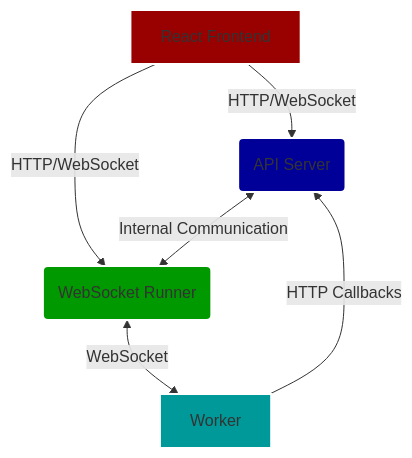
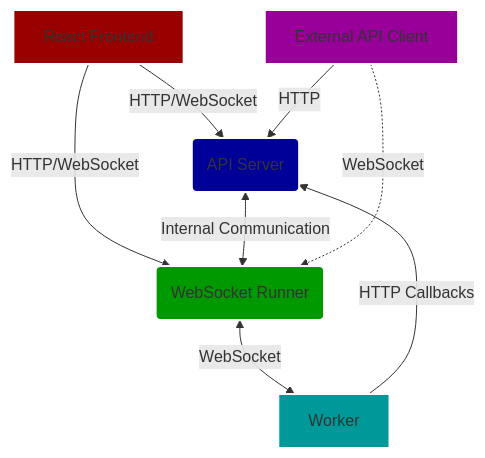
One commit to nodetool-ai/nodetool changed the diagram in README.md. Above: the diagram before and after it, drawn with Mermaid.

Commit message:
update arch graph

````diff
--- a/README.md
+++ b/README.md
@@ -102,19 +102,21 @@
 ```mermaid
 graph TD
     A[React Frontend] -->|HTTP/WebSocket| B(API Server)
     A -->|HTTP/WebSocket| C(WebSocket Runner)
     B <-->|Internal Communication| C
     C <-->|WebSocket| D[Worker]
     D -->|HTTP Callbacks| B
-
+    E[External API Client] -->|HTTP| B
+    E -.->|WebSocket| C
     classDef default fill:#333,stroke:#fff,stroke-width:2px;
     classDef frontend fill:#900;
     classDef server fill:#009;
     classDef runner fill:#090;
     classDef worker fill:#099;
-
+    classDef external fill:#909;
     class A frontend;
     class B server;
     class C runner;
     class D worker;
+    class E external;
 ```
````
